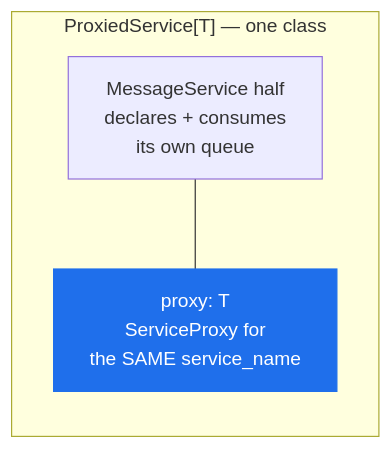
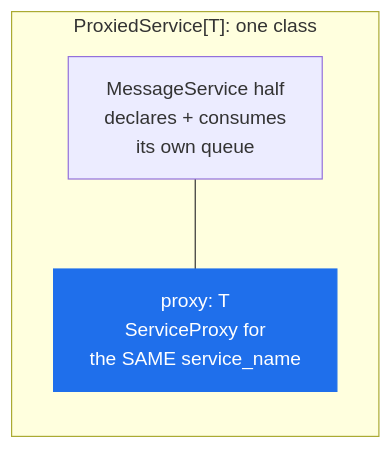
The diagram in docs/reference/api/service-proxy.md (ArielLaub/protobus-py), drawn with Mermaid before and after one commit. The commit also changed other lines of this file and 28 other files, not shown here.

````diff
--- a/docs/reference/api/service-proxy.md
+++ b/docs/reference/api/service-proxy.md
@@ -274,10 +274,10 @@
 ```mermaid
 flowchart LR
-    subgraph PS["ProxiedService[T] — one class"]
+    subgraph PS["ProxiedService[T]: one class"]
         A["MessageService half<br/>declares + consumes<br/>its own queue"]
         B["proxy: T<br/>ServiceProxy for<br/>the SAME service_name"]
     end
     A --- B
 
     style B fill:#1f6feb,color:#fff,stroke:#1f6feb
 ```
````
